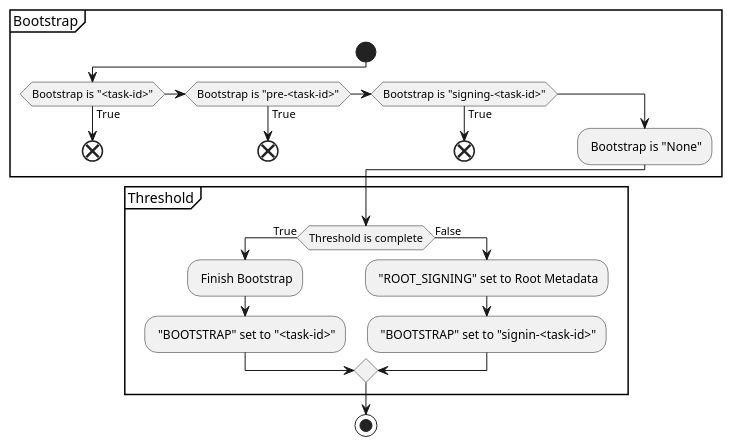
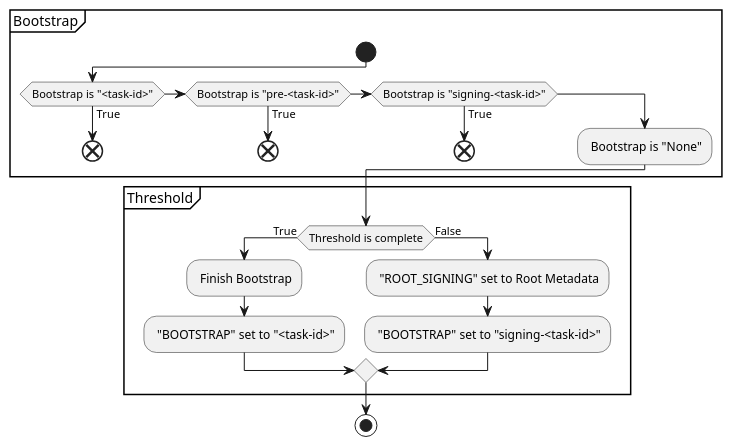
One commit to repository-service-tuf/repository-service-tuf-worker changed the second of 4 diagrams in docs/source/devel/index.rst. Above: the diagram before and after it, drawn with PlantUML. The commit also changed other lines of this file, not shown here.

Commit message:
Fix typos and consistency for naming
Fix typos and consistency for naming

```diff
--- a/docs/source/devel/index.rst
+++ b/docs/source/devel/index.rst
@@ -89,29 +89,29 @@
 .. uml::
 
    @startuml
       partition "Bootstrap"{
          start
          if (Bootstrap is "<task-id>") then (True)
             end
          elseif (Bootstrap is "pre-<task-id>") then (True)
             end
          elseif (Bootstrap is "signing-<task-id>") then (True)
             end
          else
             : Bootstrap is "None";
          endif
       }
 
       partition "Threshold" {
          if (Threshold is complete) then (True)
             : Finish Bootstrap;
             : "BOOTSTRAP" set to "<task-id>";
 
          else (False)
             : "ROOT_SIGNING" set to Root Metadata;
-            : "BOOTSTRAP" set to "signin-<task-id>";
+            : "BOOTSTRAP" set to "signing-<task-id>";
          endif
       }
       stop
 
     @enduml
```
